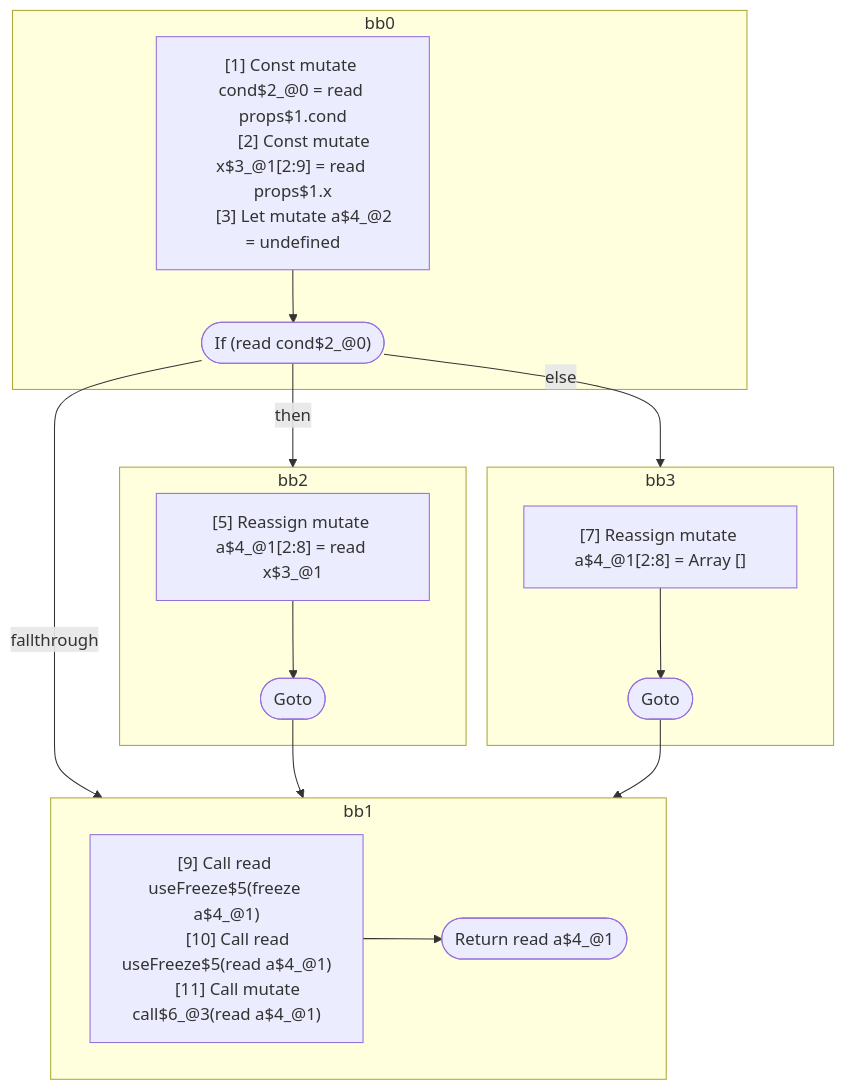
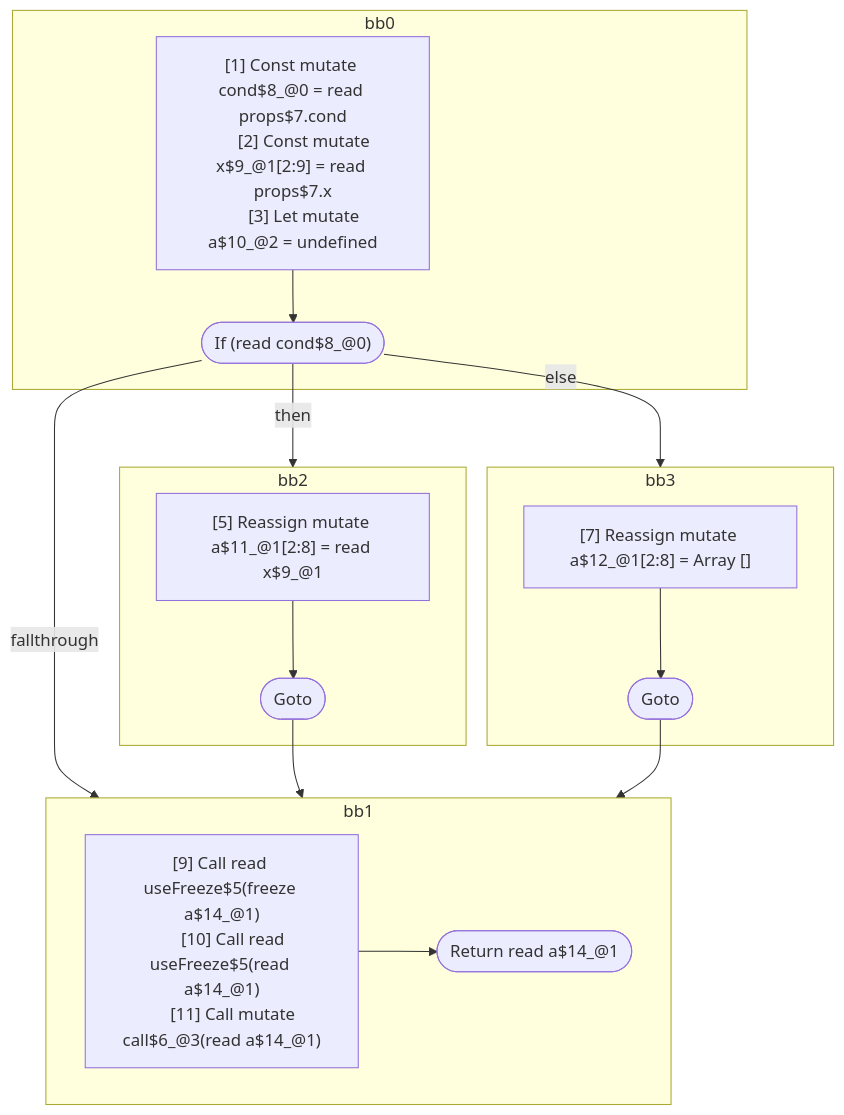
One commit to wutsmog/private changed the first of 3 diagrams in compiler/forget/src/__tests__/fixtures/hir/hooks-freeze-possibly-mutable-arguments.expect.md. Above: the diagram before and after it, drawn with Mermaid. The commit also changed other lines of this file and 59 other files, not shown here.

````diff
--- a/compiler/forget/src/__tests__/fixtures/hir/hooks-freeze-possibly-mutable-arguments.expect.md
+++ b/compiler/forget/src/__tests__/fixtures/hir/hooks-freeze-possibly-mutable-arguments.expect.md
@@ -51,40 +52,40 @@
 ```mermaid
 flowchart TB
   %% Basic Blocks
   subgraph bb0
     bb0_instrs["
-      [1] Const mutate cond$2_@0 = read props$1.cond
-      [2] Const mutate x$3_@1[2:9] = read props$1.x
-      [3] Let mutate a$4_@2 = undefined
+      [1] Const mutate cond$8_@0 = read props$7.cond
+      [2] Const mutate x$9_@1[2:9] = read props$7.x
+      [3] Let mutate a$10_@2 = undefined
     "]
-    bb0_instrs --> bb0_terminal(["If (read cond$2_@0)"])
+    bb0_instrs --> bb0_terminal(["If (read cond$8_@0)"])
   end
   subgraph bb2
     bb2_instrs["
-      [5] Reassign mutate a$4_@1[2:8] = read x$3_@1
+      [5] Reassign mutate a$11_@1[2:8] = read x$9_@1
     "]
     bb2_instrs --> bb2_terminal(["Goto"])
   end
   subgraph bb3
     bb3_instrs["
-      [7] Reassign mutate a$4_@1[2:8] = Array []
+      [7] Reassign mutate a$12_@1[2:8] = Array []
     "]
     bb3_instrs --> bb3_terminal(["Goto"])
   end
   subgraph bb1
     bb1_instrs["
-      [9] Call read useFreeze$5(freeze a$4_@1)
-      [10] Call read useFreeze$5(read a$4_@1)
-      [11] Call mutate call$6_@3(read a$4_@1)
+      [9] Call read useFreeze$5(freeze a$14_@1)
+      [10] Call read useFreeze$5(read a$14_@1)
+      [11] Call mutate call$6_@3(read a$14_@1)
     "]
-    bb1_instrs --> bb1_terminal(["Return read a$4_@1"])
+    bb1_instrs --> bb1_terminal(["Return read a$14_@1"])
   end
 
   %% Jumps
   bb0_terminal -- "then" --> bb2
   bb0_terminal -- "else" --> bb3
   bb0_terminal -- "fallthrough" --> bb1
   bb2_terminal --> bb1
   bb3_terminal --> bb1
 
 ```
````
